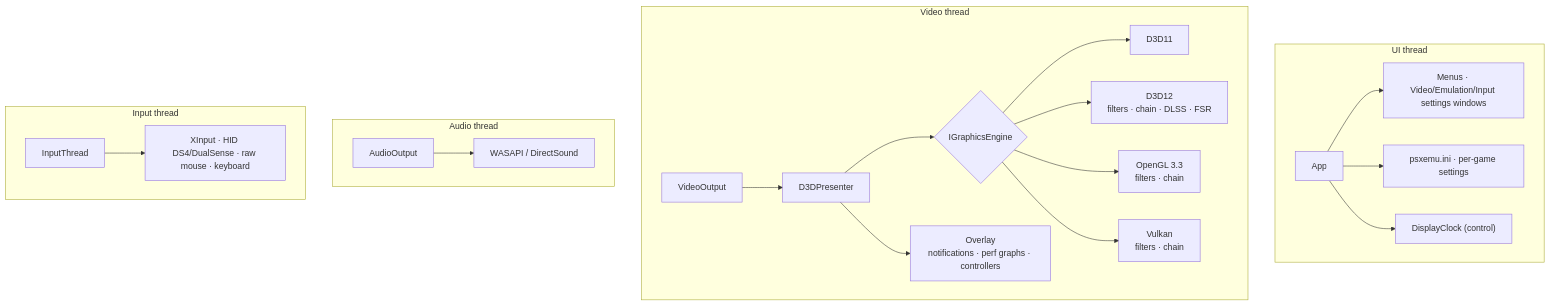
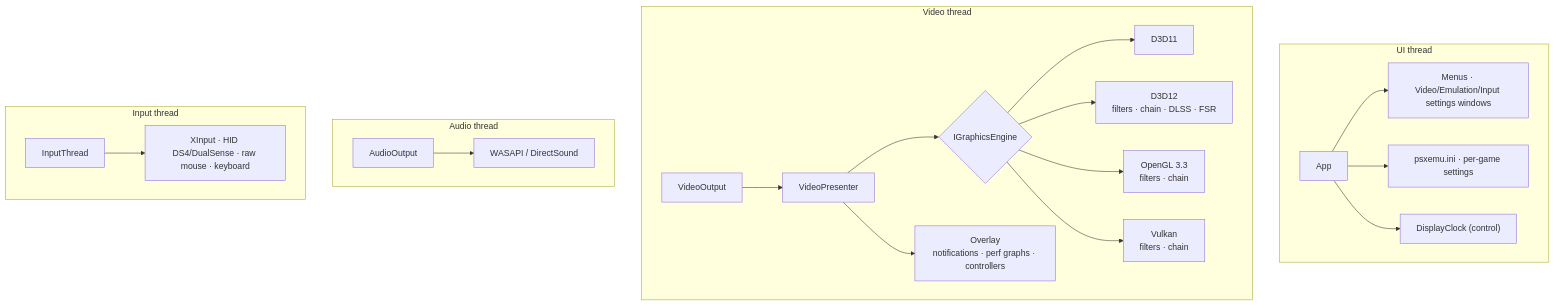
The fourth of 5 diagrams in Docs/Architecture.md (Noplace/PsxEmu), drawn with Mermaid before and after one commit. The commit also changed other lines of this file and 150 other files, not shown here.

First line of the commit message:
Restructure PSXEmu.Win32/graphics by job, and name the engines alike

````diff
--- a/Docs/Architecture.md
+++ b/Docs/Architecture.md
@@ -628,23 +628,23 @@
 ```mermaid
 flowchart TB
   subgraph UIthread["UI thread"]
     App --> Menus["Menus · Video/Emulation/Input settings windows"]
     App --> Cfg["psxemu.ini · per-game settings"]
     App --> DCk["DisplayClock (control)"]
   end
   subgraph Videothread["Video thread"]
-    VO["VideoOutput"] --> DP["D3DPresenter"]
+    VO["VideoOutput"] --> DP["VideoPresenter"]
     DP --> E{"IGraphicsEngine"}
     E --> D11["D3D11"]
     E --> D12["D3D12<br/>filters · chain · DLSS · FSR"]
     E --> GL["OpenGL 3.3<br/>filters · chain"]
     E --> VK["Vulkan<br/>filters · chain"]
     DP --> OV["Overlay<br/>notifications · perf graphs · controllers"]
   end
   subgraph Audiothread["Audio thread"]
     AO["AudioOutput"] --> WA["WASAPI / DirectSound"]
   end
   subgraph Inputthread["Input thread"]
     IT["InputThread"] --> Dev["XInput · HID DS4/DualSense · raw mouse · keyboard"]
   end
 ```
````
